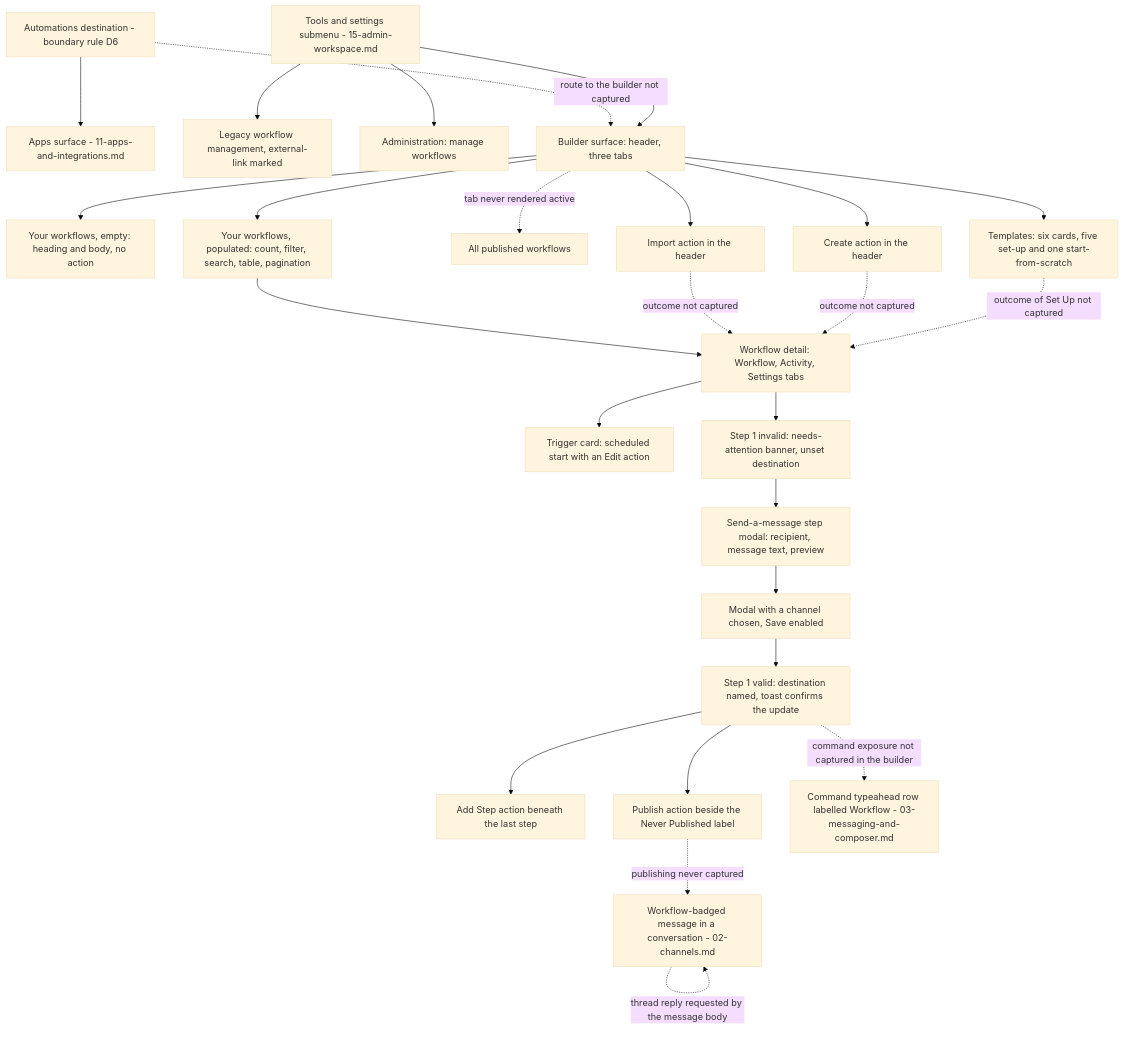
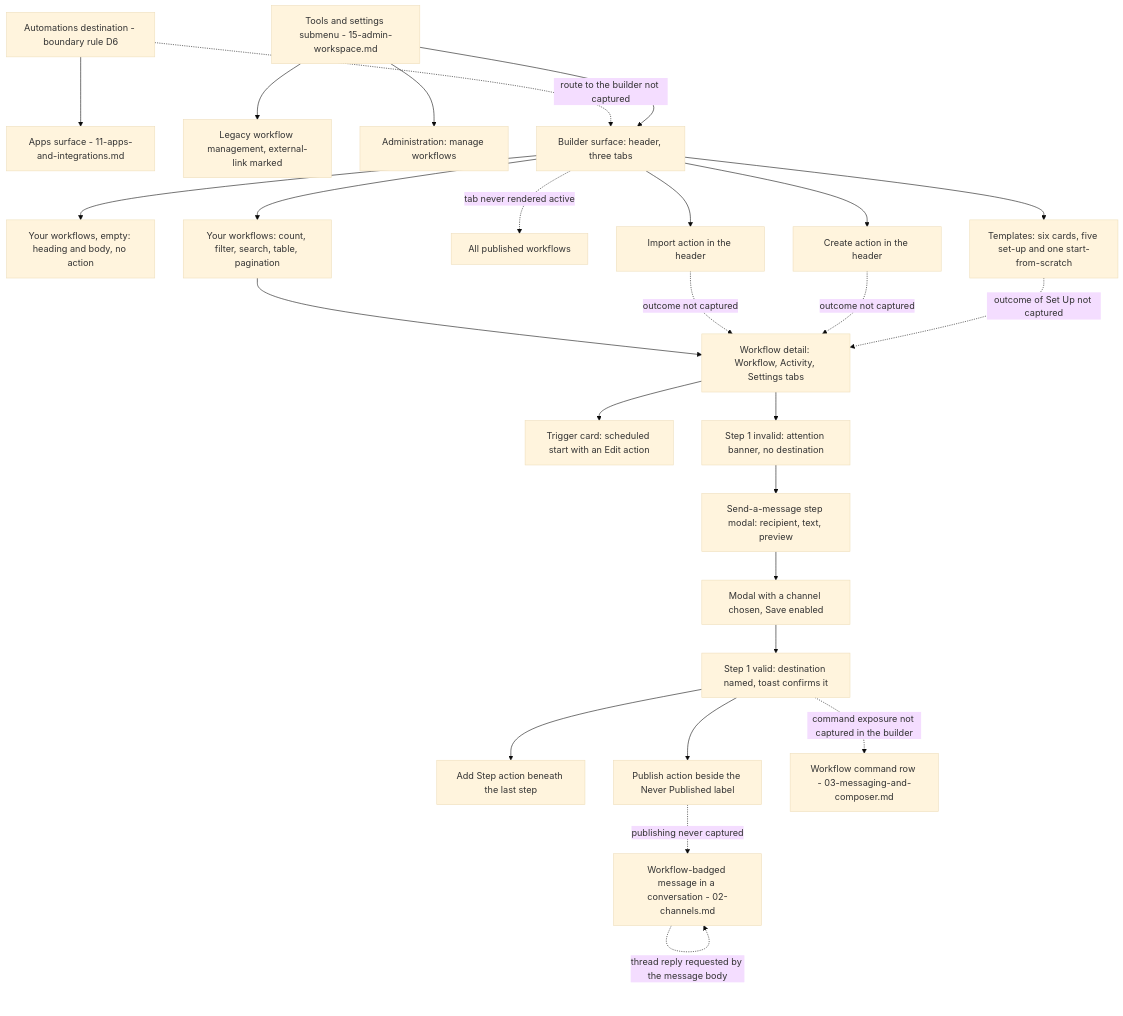
One commit to blitzy-research/blitzy-slack changed the diagram in docs/workflows/10-workflow-builder.md. Above: the diagram before and after it, drawn with Mermaid (base theme). The commit also changed 18 other files, not shown here.

````diff
--- a/docs/workflows/10-workflow-builder.md
+++ b/docs/workflows/10-workflow-builder.md
@@ -36,56 +36,56 @@
 ```mermaid
 flowchart TD
     MENU["Tools and settings submenu - 15-admin-workspace.md"]
     AUTOM["Automations destination - boundary rule D6"]
     APPS["Apps surface - 11-apps-and-integrations.md"]
     LEGACYMGMT["Legacy workflow management, external-link marked"]
     MANAGEWF["Administration: manage workflows"]
 
     BUILDER["Builder surface: header, three tabs"]
     TAB1EMPTY["Your workflows, empty: heading and body, no action"]
-    TAB1LIST["Your workflows, populated: count, filter, search, table, pagination"]
+    TAB1LIST["Your workflows: count, filter, search, table, pagination"]
     TAB2["All published workflows"]
     TAB3["Templates: six cards, five set-up and one start-from-scratch"]
     IMPORT["Import action in the header"]
     CREATE["Create action in the header"]
 
     DETAIL["Workflow detail: Workflow, Activity, Settings tabs"]
     TRIGGERCARD["Trigger card: scheduled start with an Edit action"]
-    STEPINVALID["Step 1 invalid: needs-attention banner, unset destination"]
-    STEPMODAL["Send-a-message step modal: recipient, message text, preview"]
+    STEPINVALID["Step 1 invalid: attention banner, no destination"]
+    STEPMODAL["Send-a-message step modal: recipient, text, preview"]
     STEPMODALVALID["Modal with a channel chosen, Save enabled"]
-    STEPVALID["Step 1 valid: destination named, toast confirms the update"]
+    STEPVALID["Step 1 valid: destination named, toast confirms it"]
     ADDSTEP["Add Step action beneath the last step"]
     PUBLISH["Publish action beside the Never Published label"]
 
     POSTED["Workflow-badged message in a conversation - 02-channels.md"]
-    COMMAND["Command typeahead row labelled Workflow - 03-messaging-and-composer.md"]
+    COMMAND["Workflow command row - 03-messaging-and-composer.md"]
 
     MENU --> BUILDER
     MENU --> LEGACYMGMT
     MENU --> MANAGEWF
     AUTOM --> APPS
     AUTOM -.->|"route to the builder not captured"| BUILDER
 
     BUILDER --> TAB1EMPTY
     BUILDER --> TAB1LIST
     BUILDER --> TAB3
     BUILDER -.->|"tab never rendered active"| TAB2
     BUILDER --> IMPORT
     BUILDER --> CREATE
     TAB3 -.->|"outcome of Set Up not captured"| DETAIL
     CREATE -.->|"outcome not captured"| DETAIL
     IMPORT -.->|"outcome not captured"| DETAIL
 
     TAB1LIST --> DETAIL
     DETAIL --> TRIGGERCARD
     DETAIL --> STEPINVALID
     STEPINVALID --> STEPMODAL
     STEPMODAL --> STEPMODALVALID
     STEPMODALVALID --> STEPVALID
     STEPVALID --> ADDSTEP
     STEPVALID --> PUBLISH
     PUBLISH -.->|"publishing never captured"| POSTED
     POSTED -.->|"thread reply requested by the message body"| POSTED
     STEPVALID -.->|"command exposure not captured in the builder"| COMMAND
 ```
````
